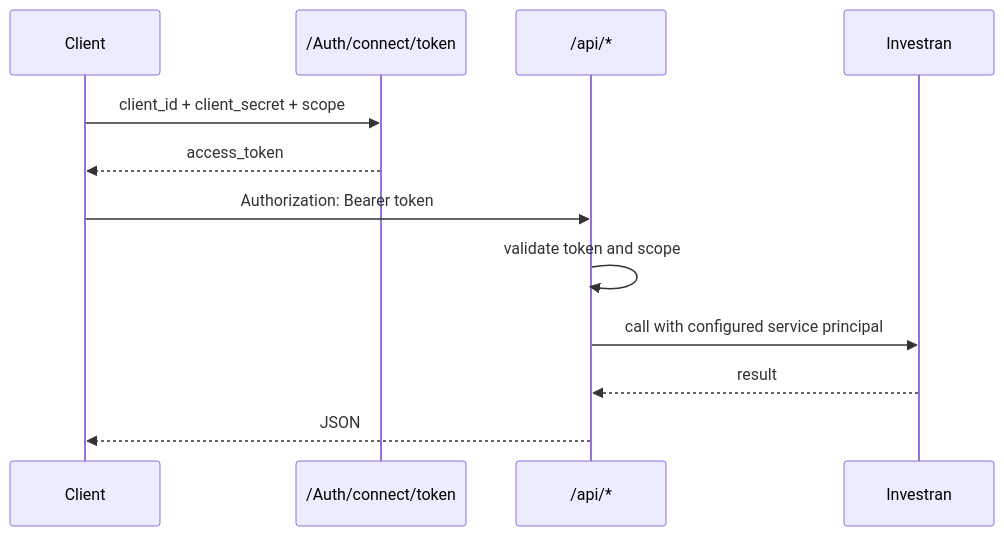
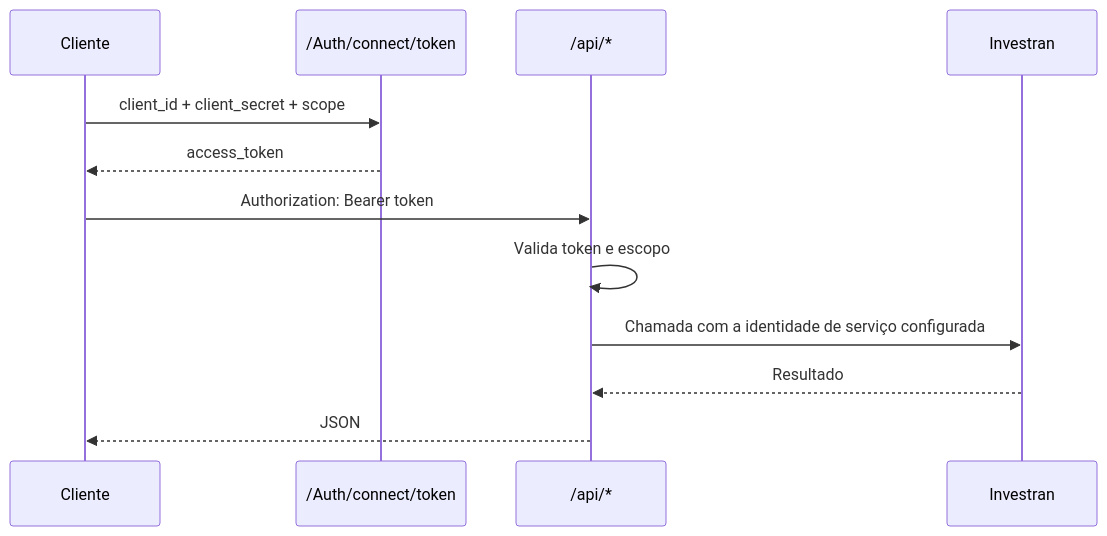
One commit to msekimoto/investran changed the diagram in docs/api/authentication.md. Above: the diagram before and after it, drawn with Mermaid. The commit also changed other lines of this file and 6 other files, not shown here.

````diff
--- a/docs/api/authentication.md
+++ b/docs/api/authentication.md
@@ -7,15 +7,15 @@
 ```mermaid
 sequenceDiagram
-    participant Client
+    participant Cliente
     participant Auth as /Auth/connect/token
     participant API as /api/*
     participant Investran
 
-    Client->>Auth: client_id + client_secret + scope
-    Auth-->>Client: access_token
-    Client->>API: Authorization: Bearer token
-    API->>API: validate token and scope
-    API->>Investran: call with configured service principal
-    Investran-->>API: result
-    API-->>Client: JSON
+    Cliente->>Auth: client_id + client_secret + scope
+    Auth-->>Cliente: access_token
+    Cliente->>API: Authorization: Bearer token
+    API->>API: Valida token e escopo
+    API->>Investran: Chamada com a identidade de serviço configurada
+    Investran-->>API: Resultado
+    API-->>Cliente: JSON
 ```
````
